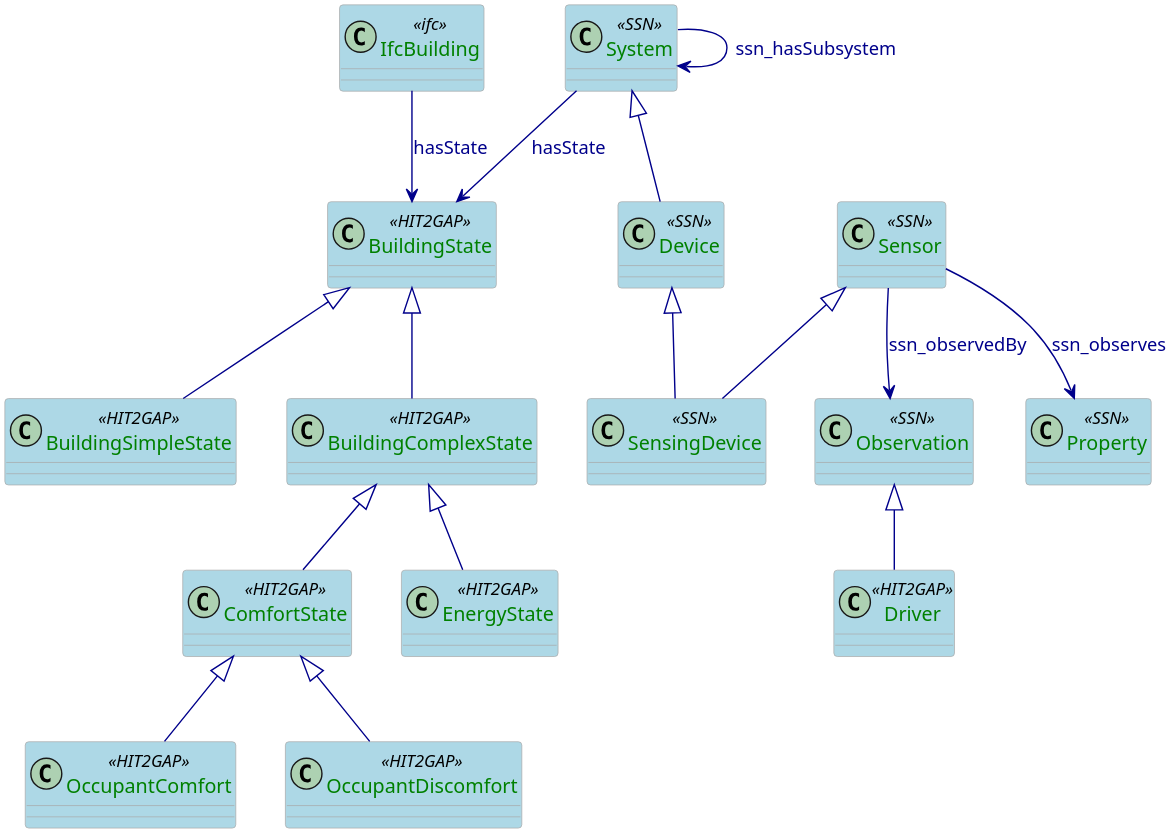
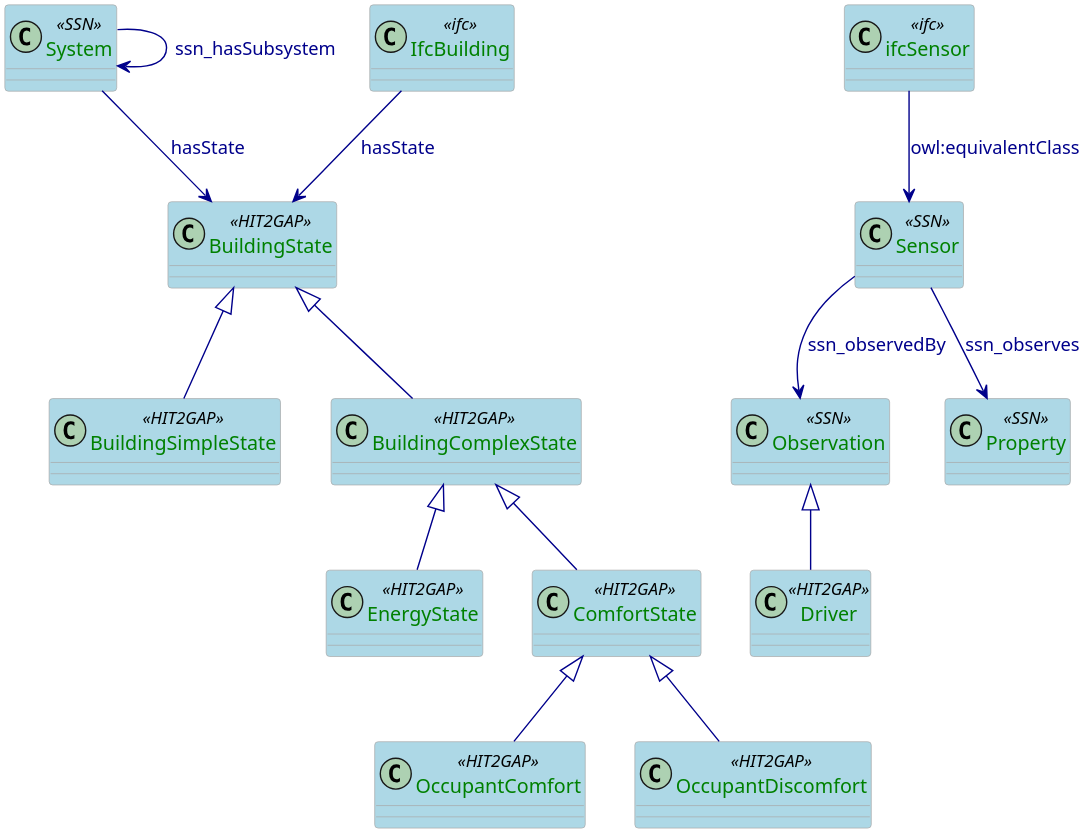
One commit to HIT2GAP-EU-PROJECT/BEMOnt changed the diagram in docs/plantuml/BuildingStateSpecification.puml. Above: the diagram before and after it, drawn with PlantUML.

Commit message:
Create BuildingStateSpecification.puml
Added ifc:Sensor Equivalent snn:Sensor
Removed SensingDevice and Device

```diff
--- a/docs/plantuml/BuildingStateSpecification.puml
+++ b/docs/plantuml/BuildingStateSpecification.puml
@@ -1,79 +1,76 @@
 @startuml
 
 skinparam class {
   ArrowColor DarkBlue
   ArrowFontColor DarkBlue
   BackgroundColor LightBlue
   BorderColor DarkGrey
 }
 skinparam dpi 300
 skinparam stereotypeCBackgroundColor Wheat
 skinparam classAttributeFontColor  Green
 
 class System <<SSN>>{
 
 }
 
 class BuildingState <<HIT2GAP>>{
 
 }
 
 class BuildingSimpleState <<HIT2GAP>>{
 
 }
 
 class BuildingComplexState <<HIT2GAP>>{
 
 }
 
 class EnergyState <<HIT2GAP>>{
 
 }
 
 class ComfortState <<HIT2GAP>>{
 
 }
 
 class OccupantComfort <<HIT2GAP>>{
 
 }
 
 class OccupantDiscomfort <<HIT2GAP>>{
 
 }
 class Driver <<HIT2GAP>>{
 
 }
 
 class Observation <<SSN>>{
 
 }
 
 class Property <<SSN>> {
 
 }
 
-class Device <<SSN>>
 class Sensor <<SSN>>
-class SensingDevice <<SSN>>
 
 class IfcBuilding <<ifc>>
+class ifcSensor <<ifc>>
 
 IfcBuilding --> BuildingState:hasState
 System --> BuildingState: hasState
 BuildingState <|-- BuildingSimpleState
 BuildingState <|-- BuildingComplexState
 BuildingComplexState <|-- EnergyState
 BuildingComplexState <|-- ComfortState
 ComfortState <|-- OccupantComfort
 ComfortState <|-- OccupantDiscomfort
-System <|-- Device
-Device <|-- SensingDevice
-Sensor <|-- SensingDevice
 System --> System:ssn_hasSubsystem
 Sensor --> Observation:ssn_observedBy
 Sensor --> Property:ssn_observes
+ifcSensor --> Sensor: owl:equivalentClass
 
 Observation <|-- Driver
 
 @enduml
```
